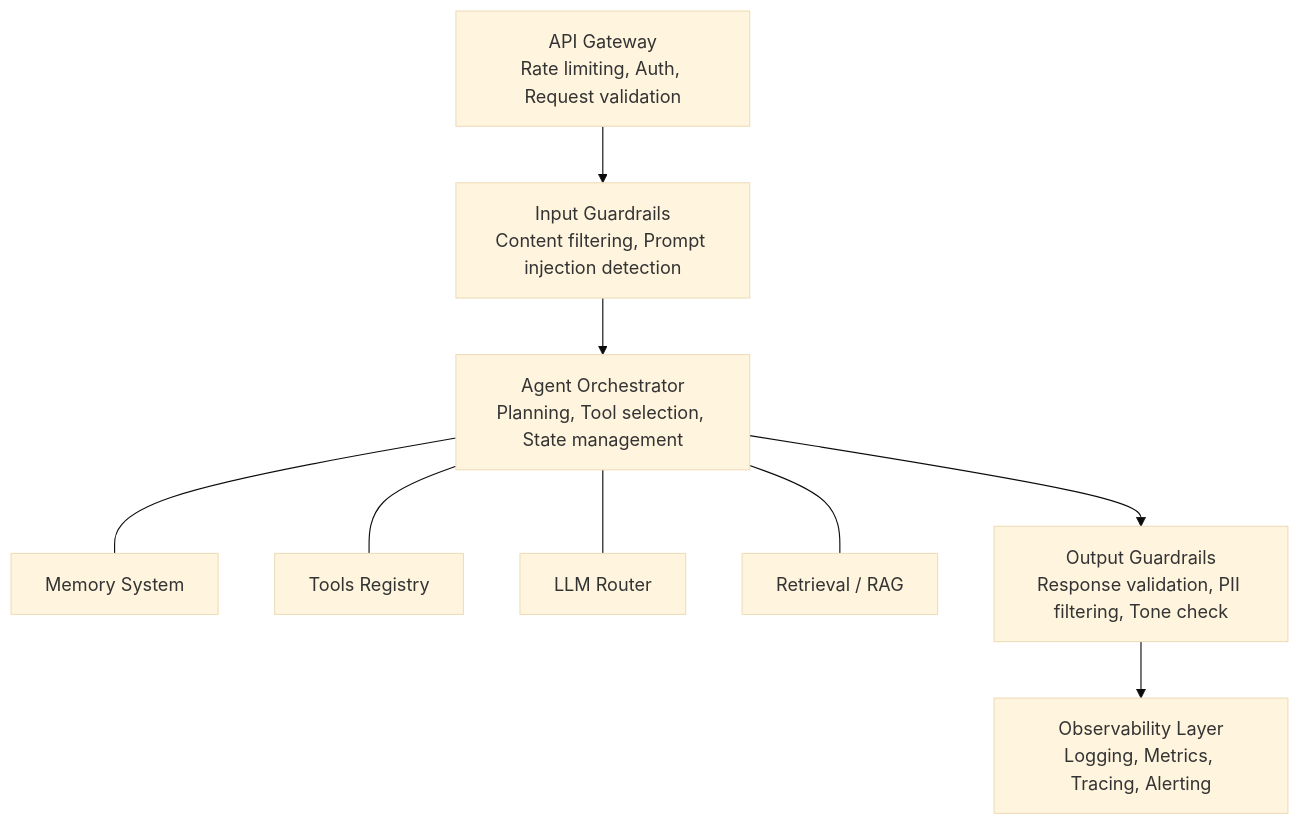
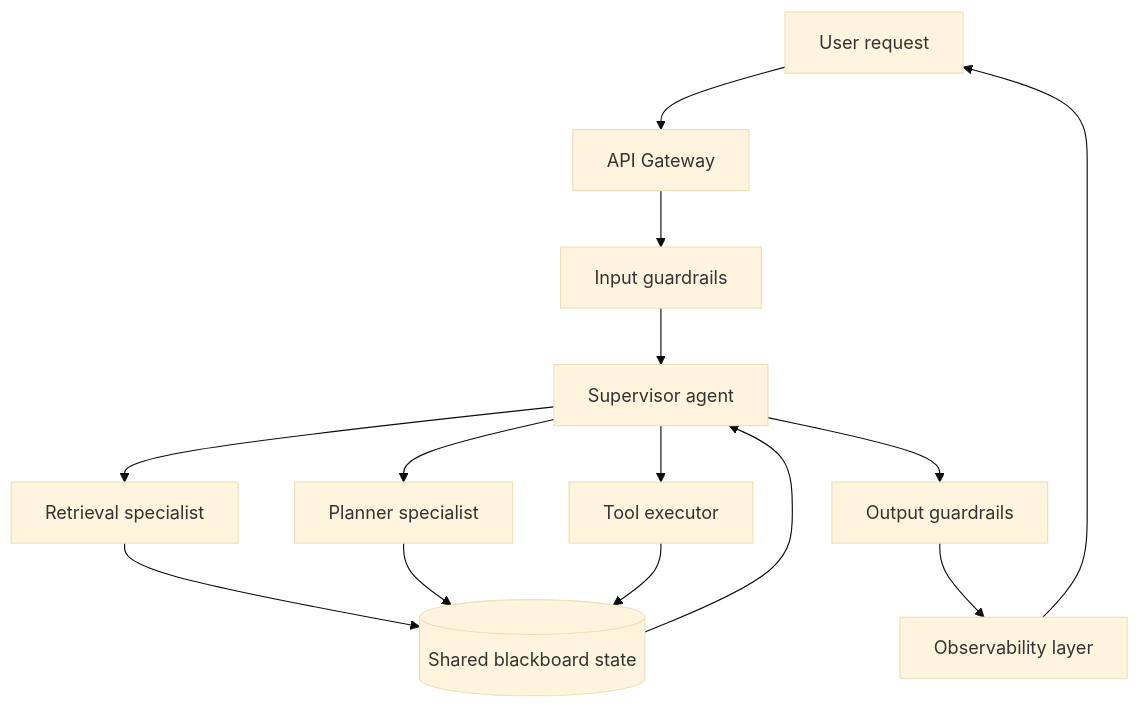
One commit to kube-dojo/kube-dojo changed the first of 2 diagrams in src/content/docs/ai-ml-engineering/frameworks-agents/module-1.7-multi-agent-systems.md. Above: the diagram before and after it, drawn with Mermaid (base theme). The commit also changed other lines of this file and 1 other file, not shown here.

First line of the commit message:
feat(#1842): frameworks-agents — expand 1.7 (multi-agent) & 1.8 (MCP) to T0 (#1850)

````diff
--- a/src/content/docs/ai-ml-engineering/frameworks-agents/module-1.7-multi-agent-systems.md
+++ b/src/content/docs/ai-ml-engineering/frameworks-agents/module-1.7-multi-agent-systems.md
@@ -63,11 +103,16 @@
 ```mermaid
 flowchart TD
-    A[API Gateway\nRate limiting, Auth, Request validation] --> B[Input Guardrails\nContent filtering, Prompt injection detection]
-    B --> C[Agent Orchestrator\nPlanning, Tool selection, State management]
-    C --- D[Memory System]
-    C --- E[Tools Registry]
-    C --- F[LLM Router]
-    C --- G[Retrieval / RAG]
-    C --> H[Output Guardrails\nResponse validation, PII filtering, Tone check]
-    H --> I[Observability Layer\nLogging, Metrics, Tracing, Alerting]
+    User[User request] --> GW[API Gateway]
+    GW --> IN[Input guardrails]
+    IN --> SUP[Supervisor agent]
+    SUP --> R[Retrieval specialist]
+    SUP --> P[Planner specialist]
+    SUP --> X[Tool executor]
+    R --> BB[(Shared blackboard state)]
+    P --> BB
+    X --> BB
+    BB --> SUP
+    SUP --> OUT[Output guardrails]
+    OUT --> OBS[Observability layer]
+    OBS --> User
 ```
````
